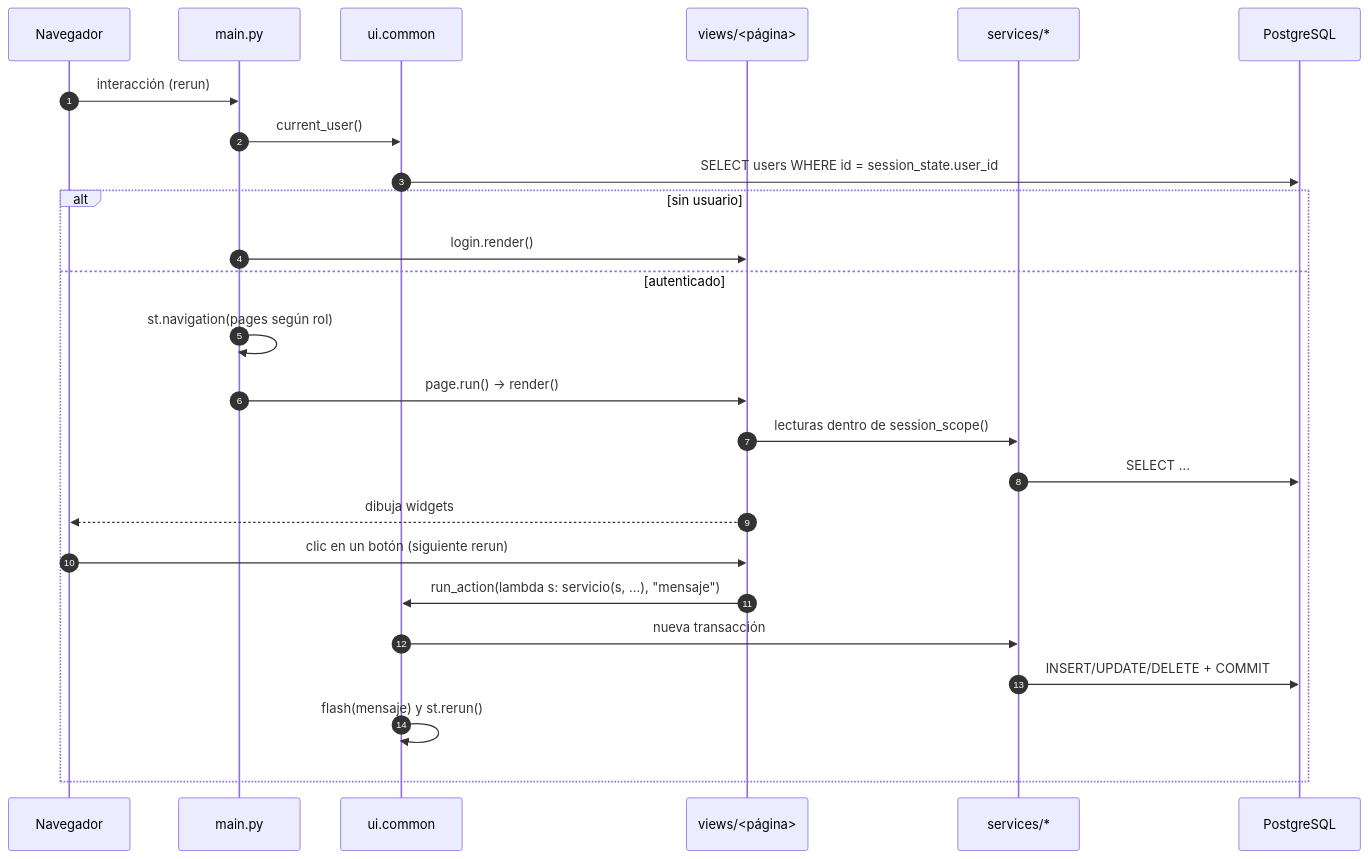
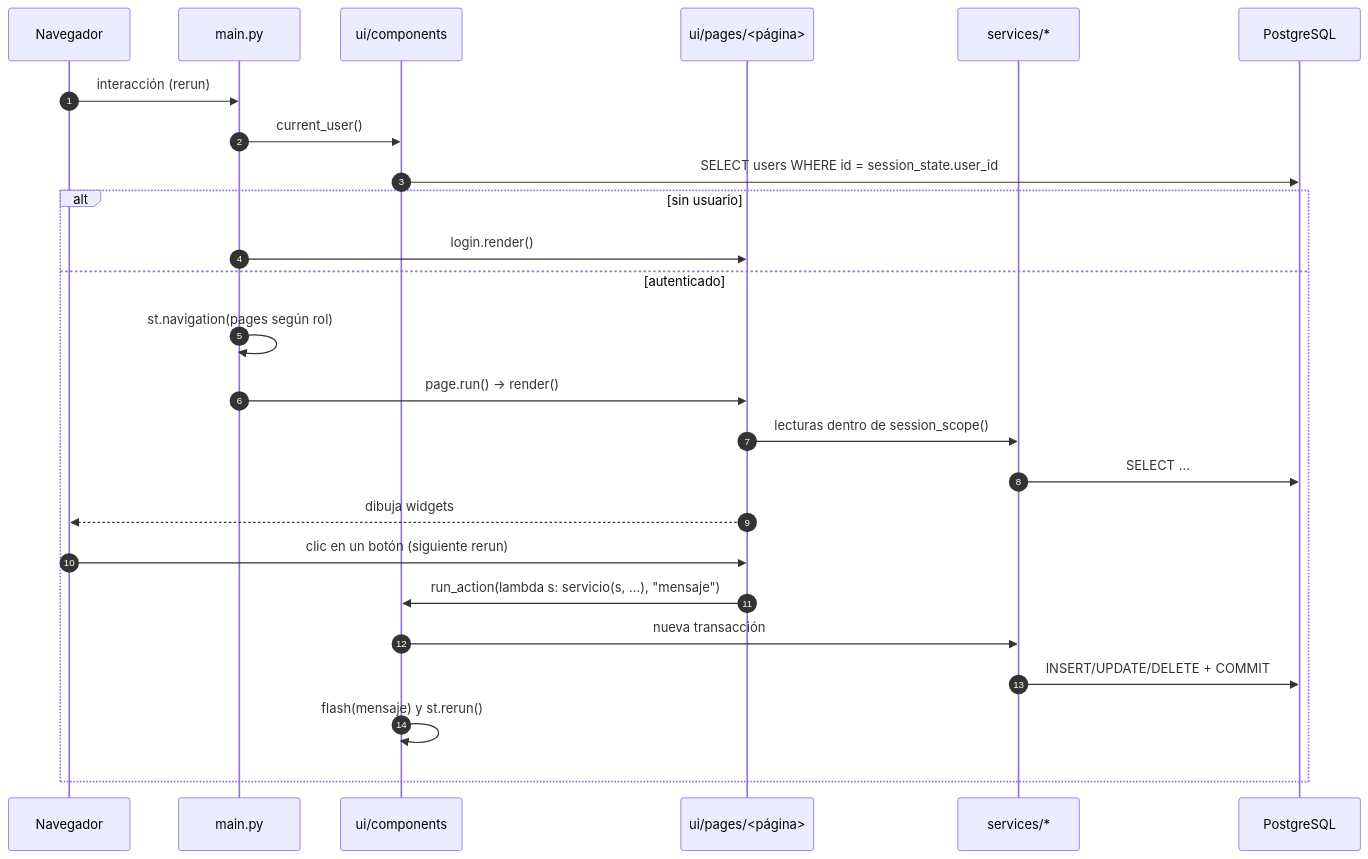
One commit to Jhoan-Dominguez/ct-ranking-platform changed the second of 2 diagrams in docs/04-arquitectura.md. Above: the diagram before and after it, drawn with Mermaid. The commit also changed other lines of this file and 4 other files, not shown here.

First line of the commit message:
docs: update installation, deployment and architecture for new layout

````diff
--- a/docs/04-arquitectura.md
+++ b/docs/04-arquitectura.md
@@ -125,28 +146,28 @@
 ```mermaid
 sequenceDiagram
     autonumber
     participant B as Navegador
     participant M as main.py
-    participant C as ui.common
-    participant V as views/<página>
+    participant C as ui/components
+    participant V as ui/pages/<página>
     participant S as services/*
     participant DB as PostgreSQL
 
     B->>M: interacción (rerun)
     M->>C: current_user()
     C->>DB: SELECT users WHERE id = session_state.user_id
     alt sin usuario
         M->>V: login.render()
     else autenticado
         M->>M: st.navigation(pages según rol)
         M->>V: page.run() → render()
         V->>S: lecturas dentro de session_scope()
         S->>DB: SELECT …
         V-->>B: dibuja widgets
         B->>V: clic en un botón (siguiente rerun)
         V->>C: run_action(lambda s: servicio(s, …), "mensaje")
         C->>S: nueva transacción
         S->>DB: INSERT/UPDATE/DELETE + COMMIT
         C->>C: flash(mensaje) y st.rerun()
     end
 ```
````
